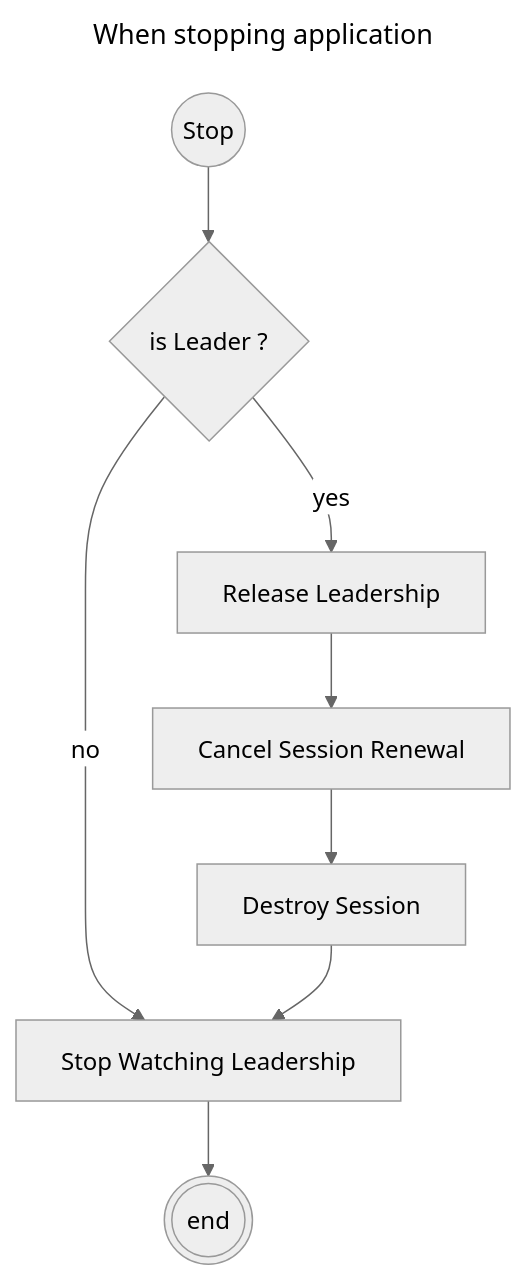
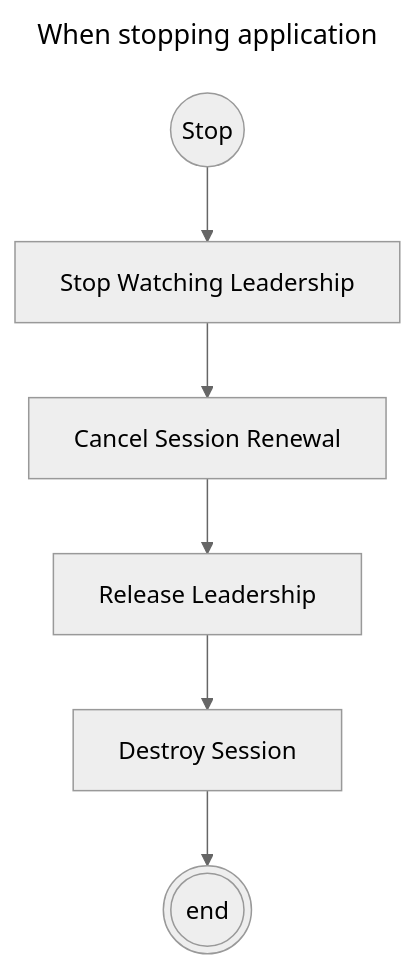
One commit to FrogDevelopment/micronaut-consul-leadership-election changed the second of 2 diagrams in README.md. Above: the diagram before and after it, drawn with Mermaid (neutral theme). The commit also changed other lines of this file and 26 other files, not shown here.

````diff
--- a/README.md
+++ b/README.md
@@ -223,14 +249,12 @@
 ```mermaid
 ---
 title: When stopping application
 ---
 flowchart TB
 ;
-    stop((Stop)) --> isLeader{is Leader ?}
-    isLeader -- " no " --> stopWatching[Stop Watching Leadership]
-    isLeader -- " yes " --> releaseLeadership[Release Leadership]
-    releaseLeadership --> cancelSessionRenewal[Cancel Session Renewal]
-    cancelSessionRenewal --> destroySession[Destroy Session]
-    destroySession --> stopWatching
-    stopWatching --> x(((end)))
+    stop((Stop)) --> stopWatching[Stop Watching Leadership]
+    stopWatching -->  cancelSessionRenewal[Cancel Session Renewal]
+    cancelSessionRenewal --> releaseLeadership[Release Leadership]
+    releaseLeadership --> destroySession[Destroy Session]
+    destroySession --> x(((end)))
 ```
````
